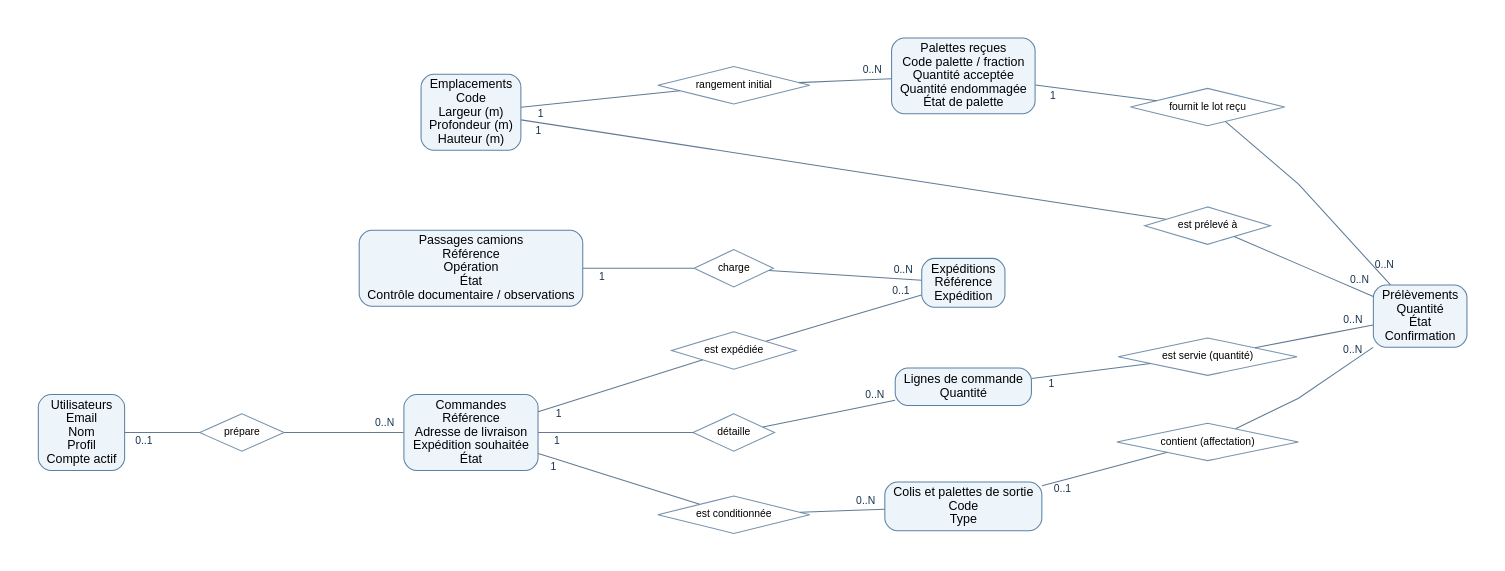
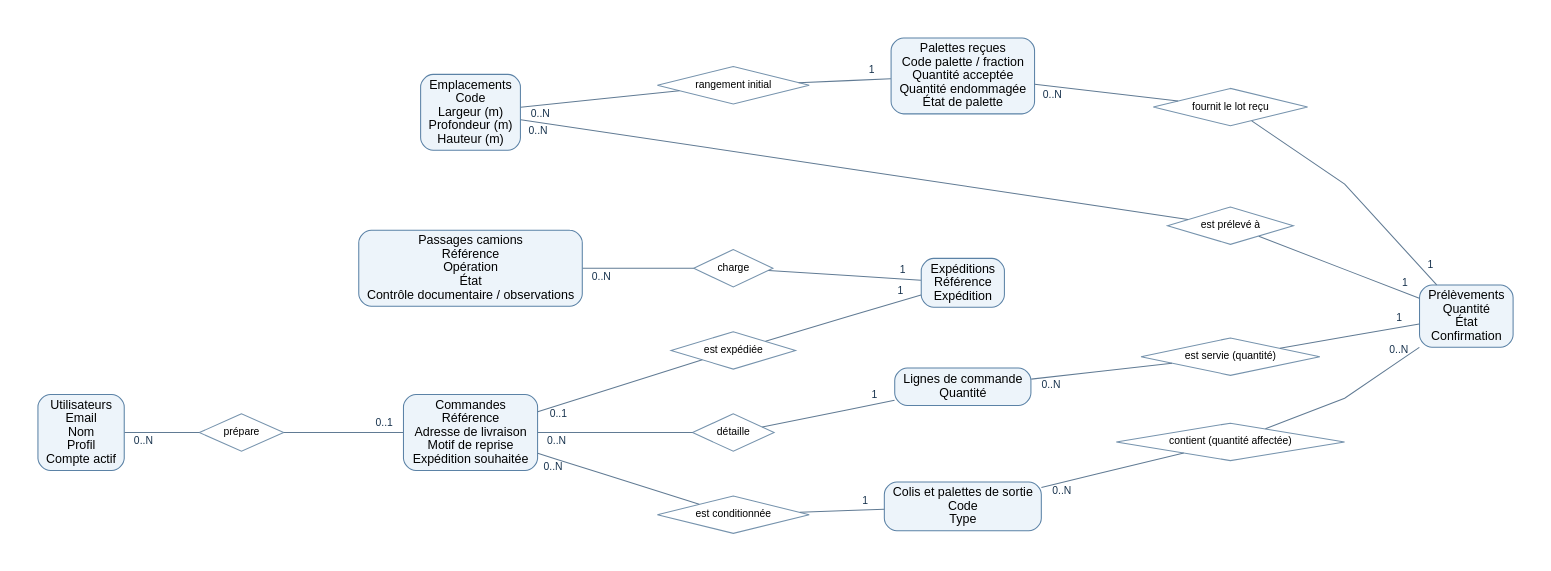
The diagram in docs/diagrammes/mcd-commandes-expeditions.dot (Gustor1/projet-bd70), drawn with Graphviz before and after one commit. The commit also changed 277 other files, not shown here.

```diff
--- a/docs/diagrammes/mcd-commandes-expeditions.dot
+++ b/docs/diagrammes/mcd-commandes-expeditions.dot
@@ -1,23 +1,23 @@
 graph MCD {
 rankdir=LR;
 graph [fontname="Arial",bgcolor="white",pad="0.4",nodesep="0.6",ranksep="1",splines=polyline]; node [fontname="Arial",fontsize=12]; edge [fontname="Arial",fontsize=10,color="#617b94",fontcolor="#17324d"];
-customer_order [shape=box,style="rounded,filled",fillcolor="#edf4fa",color="#5b82a6",label="Commandes\nRéférence\nAdresse de livraison\nExpédition souhaitée\nÉtat"];
+customer_order [shape=box,style="rounded,filled",fillcolor="#edf4fa",color="#5b82a6",label="Commandes\nRéférence\nAdresse de livraison\nMotif de reprise\nExpédition souhaitée"];
 location [shape=box,style="rounded,filled",fillcolor="#edf4fa",color="#5b82a6",label="Emplacements\nCode\nLargeur (m)\nProfondeur (m)\nHauteur (m)"];
 order_line [shape=box,style="rounded,filled",fillcolor="#edf4fa",color="#5b82a6",label="Lignes de commande\nQuantité"];
 package [shape=box,style="rounded,filled",fillcolor="#edf4fa",color="#5b82a6",label="Colis et palettes de sortie\nCode\nType"];
 pick [shape=box,style="rounded,filled",fillcolor="#edf4fa",color="#5b82a6",label="Prélèvements\nQuantité\nÉtat\nConfirmation"];
 receipt_item [shape=box,style="rounded,filled",fillcolor="#edf4fa",color="#5b82a6",label="Palettes reçues\nCode palette / fraction\nQuantité acceptée\nQuantité endommagée\nÉtat de palette"];
 shipment [shape=box,style="rounded,filled",fillcolor="#edf4fa",color="#5b82a6",label="Expéditions\nRéférence\nExpédition"];
 truck_visit [shape=box,style="rounded,filled",fillcolor="#edf4fa",color="#5b82a6",label="Passages camions\nRéférence\nOpération\nÉtat\nContrôle documentaire / observations"];
 user_account [shape=box,style="rounded,filled",fillcolor="#edf4fa",color="#5b82a6",label="Utilisateurs\nEmail\nNom\nProfil\nCompte actif"];
-assoc33 [shape=diamond,fontsize=10,label="rangement initial",color="#7693ad"];location -- assoc33 [taillabel="1",labeldistance=2];assoc33 -- receipt_item [headlabel="0..N",labeldistance=2];
-assoc38 [shape=diamond,fontsize=10,label="prépare",color="#7693ad"];user_account -- assoc38 [taillabel="0..1",labeldistance=2];assoc38 -- customer_order [headlabel="0..N",labeldistance=2];
-assoc39 [shape=diamond,fontsize=10,label="détaille",color="#7693ad"];customer_order -- assoc39 [taillabel="1",labeldistance=2];assoc39 -- order_line [headlabel="0..N",labeldistance=2];
-assoc41 [shape=diamond,fontsize=10,label="est servie (quantité)",color="#7693ad"];order_line -- assoc41 [taillabel="1",labeldistance=2];assoc41 -- pick [headlabel="0..N",labeldistance=2];
-assoc42 [shape=diamond,fontsize=10,label="fournit le lot reçu",color="#7693ad"];receipt_item -- assoc42 [taillabel="1",labeldistance=2];assoc42 -- pick [headlabel="0..N",labeldistance=2];
-assoc43 [shape=diamond,fontsize=10,label="est prélevé à",color="#7693ad"];location -- assoc43 [taillabel="1",labeldistance=2];assoc43 -- pick [headlabel="0..N",labeldistance=2];
-assoc44 [shape=diamond,fontsize=10,label="est conditionnée",color="#7693ad"];customer_order -- assoc44 [taillabel="1",labeldistance=2];assoc44 -- package [headlabel="0..N",labeldistance=2];
-assoc45 [shape=diamond,fontsize=10,label="contient (affectation)",color="#7693ad"];package -- assoc45 [taillabel="0..1",labeldistance=2];assoc45 -- pick [headlabel="0..N",labeldistance=2];
-assoc46 [shape=diamond,fontsize=10,label="est expédiée",color="#7693ad"];customer_order -- assoc46 [taillabel="1",labeldistance=2];assoc46 -- shipment [headlabel="0..1",labeldistance=2];
-assoc47 [shape=diamond,fontsize=10,label="charge",color="#7693ad"];truck_visit -- assoc47 [taillabel="1",labeldistance=2];assoc47 -- shipment [headlabel="0..N",labeldistance=2];
+assoc36 [shape=diamond,fontsize=10,label="rangement initial",color="#7693ad"];location -- assoc36 [taillabel="0..N",labeldistance=2];assoc36 -- receipt_item [headlabel="1",labeldistance=2];
+assoc41 [shape=diamond,fontsize=10,label="prépare",color="#7693ad"];user_account -- assoc41 [taillabel="0..N",labeldistance=2];assoc41 -- customer_order [headlabel="0..1",labeldistance=2];
+assoc42 [shape=diamond,fontsize=10,label="détaille",color="#7693ad"];customer_order -- assoc42 [taillabel="0..N",labeldistance=2];assoc42 -- order_line [headlabel="1",labeldistance=2];
+assoc44 [shape=diamond,fontsize=10,label="est servie (quantité)",color="#7693ad"];order_line -- assoc44 [taillabel="0..N",labeldistance=2];assoc44 -- pick [headlabel="1",labeldistance=2];
+assoc45 [shape=diamond,fontsize=10,label="fournit le lot reçu",color="#7693ad"];receipt_item -- assoc45 [taillabel="0..N",labeldistance=2];assoc45 -- pick [headlabel="1",labeldistance=2];
+assoc46 [shape=diamond,fontsize=10,label="est prélevé à",color="#7693ad"];location -- assoc46 [taillabel="0..N",labeldistance=2];assoc46 -- pick [headlabel="1",labeldistance=2];
+assoc47 [shape=diamond,fontsize=10,label="est conditionnée",color="#7693ad"];customer_order -- assoc47 [taillabel="0..N",labeldistance=2];assoc47 -- package [headlabel="1",labeldistance=2];
+assoc48 [shape=diamond,fontsize=10,label="contient (quantité affectée)",color="#7693ad"];package -- assoc48 [taillabel="0..N",labeldistance=2];assoc48 -- pick [headlabel="0..N",labeldistance=2];
+assoc49 [shape=diamond,fontsize=10,label="est expédiée",color="#7693ad"];customer_order -- assoc49 [taillabel="0..1",labeldistance=2];assoc49 -- shipment [headlabel="1",labeldistance=2];
+assoc50 [shape=diamond,fontsize=10,label="charge",color="#7693ad"];truck_visit -- assoc50 [taillabel="0..N",labeldistance=2];assoc50 -- shipment [headlabel="1",labeldistance=2];
 }
```
